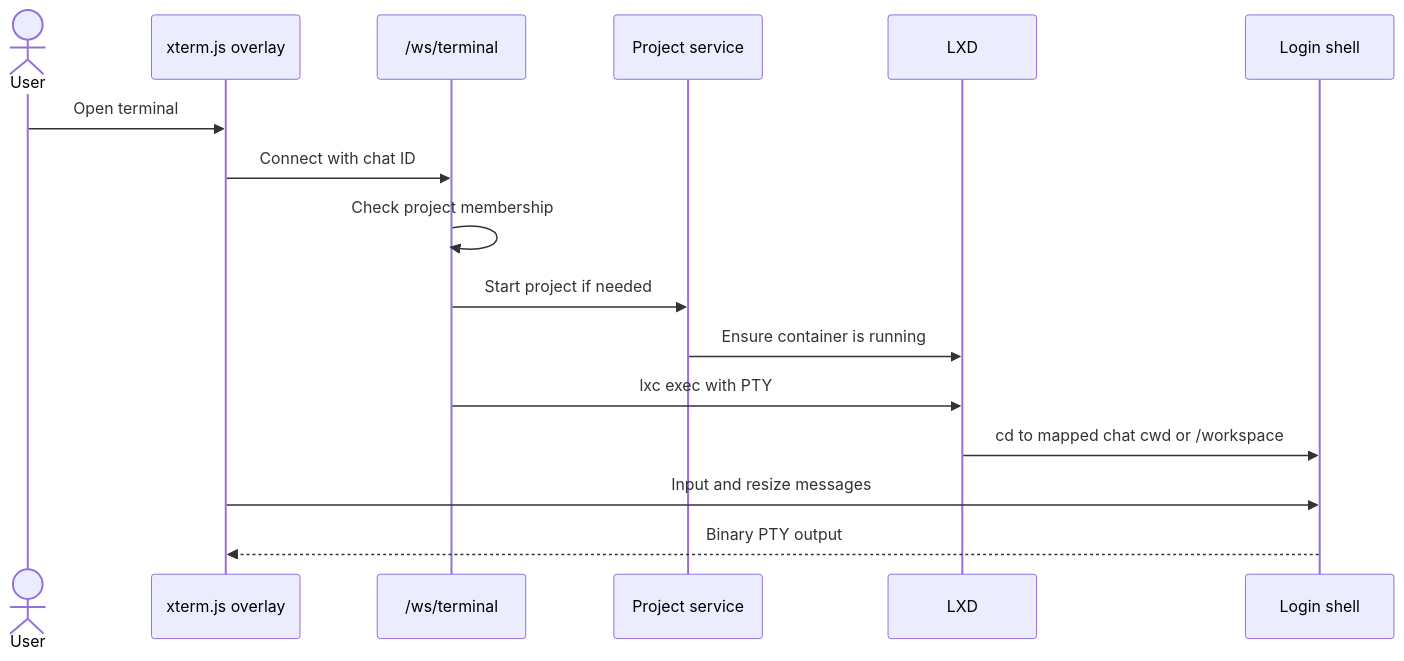
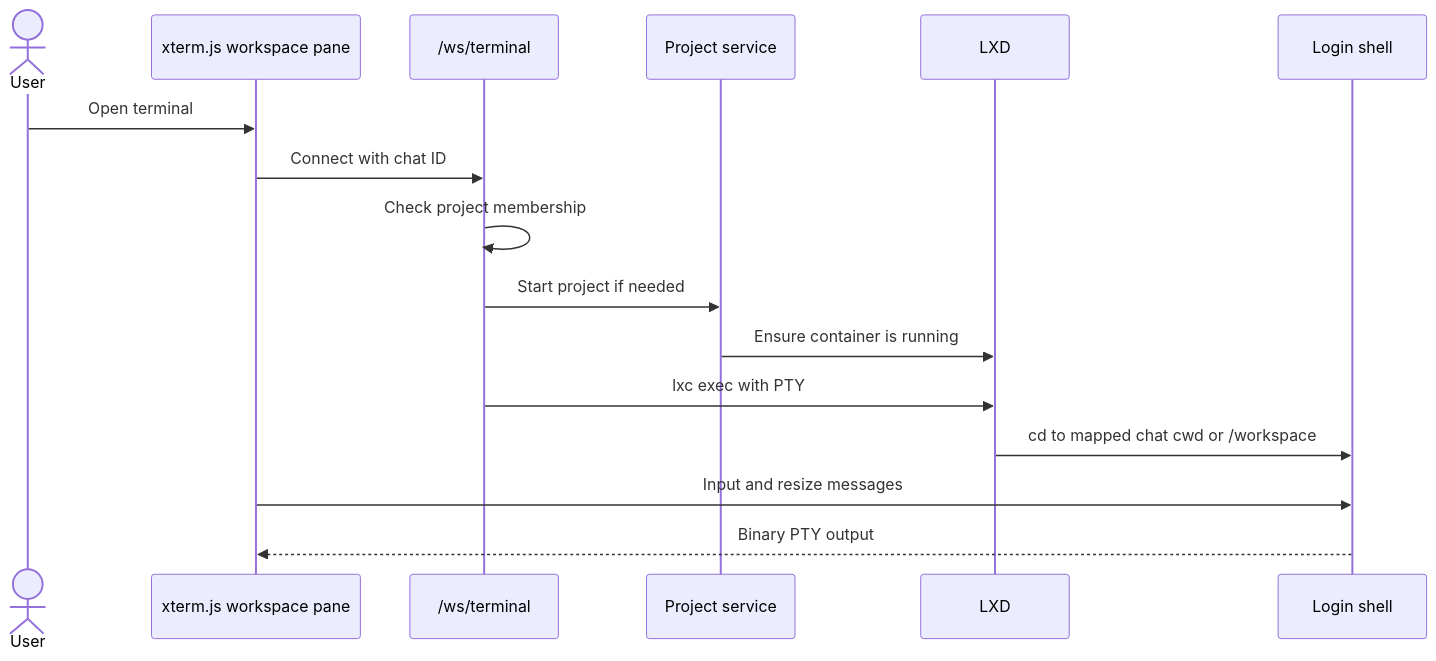
One commit to AbdallahMohamedDotnet/remote.futrx changed the fourth of 6 diagrams in docs/02-workspaces/05-workspace-tools.md. Above: the diagram before and after it, drawn with Mermaid. The commit also changed other lines of this file and 27 other files, not shown here.

````diff
--- a/docs/02-workspaces/05-workspace-tools.md
+++ b/docs/02-workspaces/05-workspace-tools.md
@@ -92,19 +92,19 @@
 ```mermaid
 sequenceDiagram
     actor User
-    participant UI as xterm.js overlay
+    participant UI as xterm.js workspace pane
     participant WS as /ws/terminal
     participant Project as Project service
     participant LXD
     participant Bash as Login shell
 
     User->>UI: Open terminal
     UI->>WS: Connect with chat ID
     WS->>WS: Check project membership
     WS->>Project: Start project if needed
     Project->>LXD: Ensure container is running
     WS->>LXD: lxc exec with PTY
     LXD->>Bash: cd to mapped chat cwd or /workspace
     UI->>Bash: Input and resize messages
     Bash-->>UI: Binary PTY output
 ```
````
